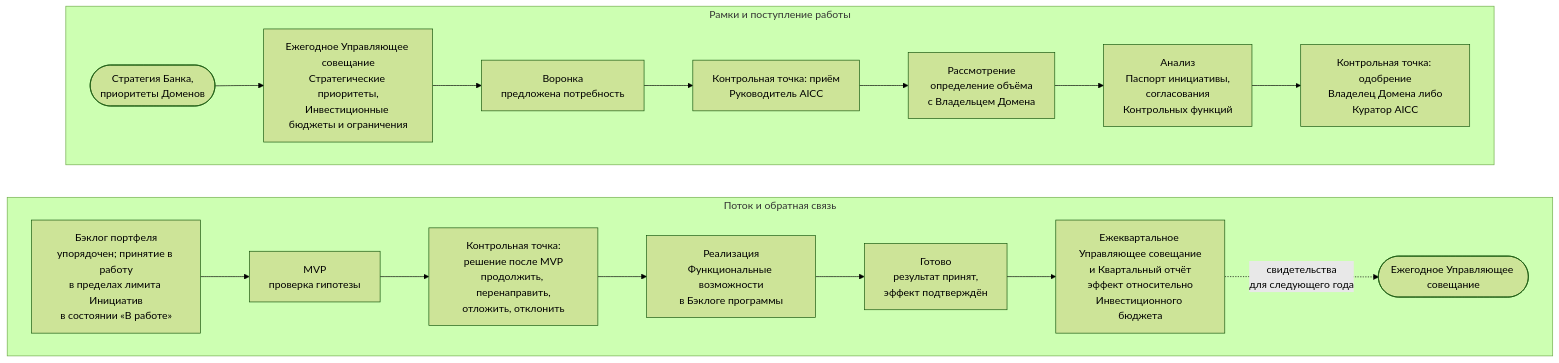
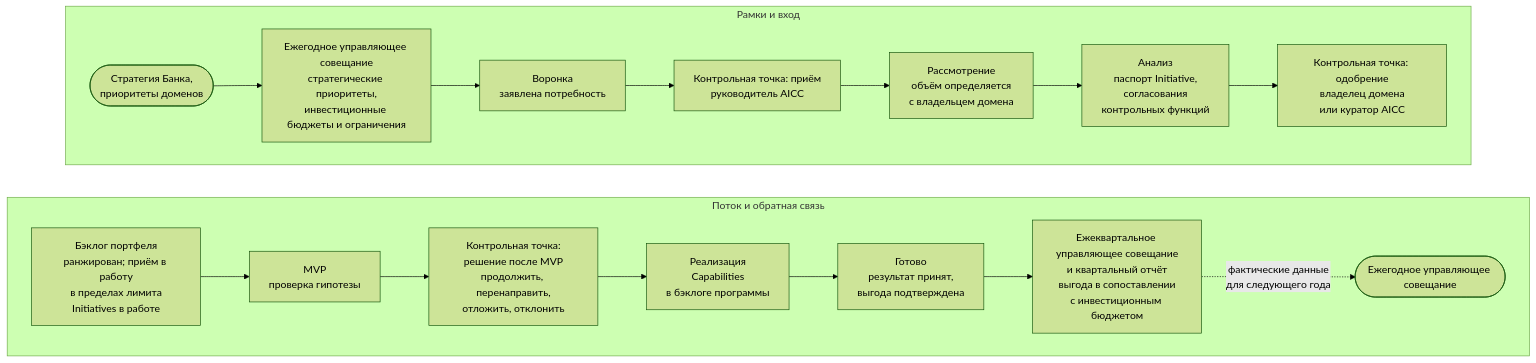
One commit to devhogu/ob-aicc changed the diagram in portal/content/ru/portfolio/overview.md. Above: the diagram before and after it, drawn with Mermaid (forest theme). The commit also changed other lines of this file and 16 other files, not shown here.

````diff
--- a/portal/content/ru/portfolio/overview.md
+++ b/portal/content/ru/portfolio/overview.md
@@ -15,22 +15,22 @@
 ```mermaid
 flowchart TB
-  subgraph ROW1["Рамки и поступление работы"]
+  subgraph ROW1["Рамки и вход"]
     direction LR
-    S(["Стратегия Банка,<br/>приоритеты Доменов"]) --> Y["Ежегодное Управляющее совещание<br/>Стратегические приоритеты,<br/>Инвестиционные бюджеты и ограничения"]
-    Y --> F["Воронка<br/>предложена потребность"]
-    F --> G1["Контрольная точка: приём<br/>Руководитель AICC"]
-    G1 --> R["Рассмотрение<br/>определение объёма<br/>с Владельцем Домена"]
-    R --> AN["Анализ<br/>Паспорт инициативы,<br/>согласования<br/>Контрольных функций"]
-    AN --> G2["Контрольная точка: одобрение<br/>Владелец Домена либо<br/>Куратор AICC"]
+    S(["Стратегия Банка,<br/>приоритеты доменов"]) --> Y["Ежегодное управляющее совещание<br/>стратегические приоритеты,<br/>инвестиционные бюджеты и ограничения"]
+    Y --> F["Воронка<br/>заявлена потребность"]
+    F --> G1["Контрольная точка: приём<br/>руководитель AICC"]
+    G1 --> R["Рассмотрение<br/>объём определяется<br/>с владельцем домена"]
+    R --> AN["Анализ<br/>паспорт Initiative,<br/>согласования<br/>контрольных функций"]
+    AN --> G2["Контрольная точка: одобрение<br/>владелец домена<br/>или куратор AICC"]
   end
   subgraph ROW2["Поток и обратная связь"]
     direction LR
-    PB["Бэклог портфеля<br/>упорядочен; принятие в работу<br/>в пределах лимита Инициатив<br/>в состоянии «В работе»"] --> MV["MVP<br/>проверка гипотезы"]
+    PB["Бэклог портфеля<br/>ранжирован; приём в работу<br/>в пределах лимита<br/>Initiatives в работе"] --> MV["MVP<br/>проверка гипотезы"]
     MV --> G3["Контрольная точка:<br/>решение после MVP<br/>продолжить, перенаправить,<br/>отложить, отклонить"]
-    G3 --> IM["Реализация<br/>Функциональные возможности<br/>в Бэклоге программы"]
-    IM --> DN["Готово<br/>результат принят,<br/>эффект подтверждён"]
-    DN --> Q["Ежеквартальное Управляющее совещание<br/>и Квартальный отчёт<br/>эффект относительно<br/>Инвестиционного бюджета"]
-    Q -.->|"свидетельства<br/>для следующего года"| Y2(["Ежегодное Управляющее совещание"])
+    G3 --> IM["Реализация<br/>Capabilities<br/>в бэклоге программы"]
+    IM --> DN["Готово<br/>результат принят,<br/>выгода подтверждена"]
+    DN --> Q["Ежеквартальное управляющее совещание<br/>и квартальный отчёт<br/>выгода в сопоставлении<br/>с инвестиционным бюджетом"]
+    Q -.->|"фактические данные<br/>для следующего года"| Y2(["Ежегодное управляющее совещание"])
   end
   ROW1 ~~~ ROW2
 ```
````
